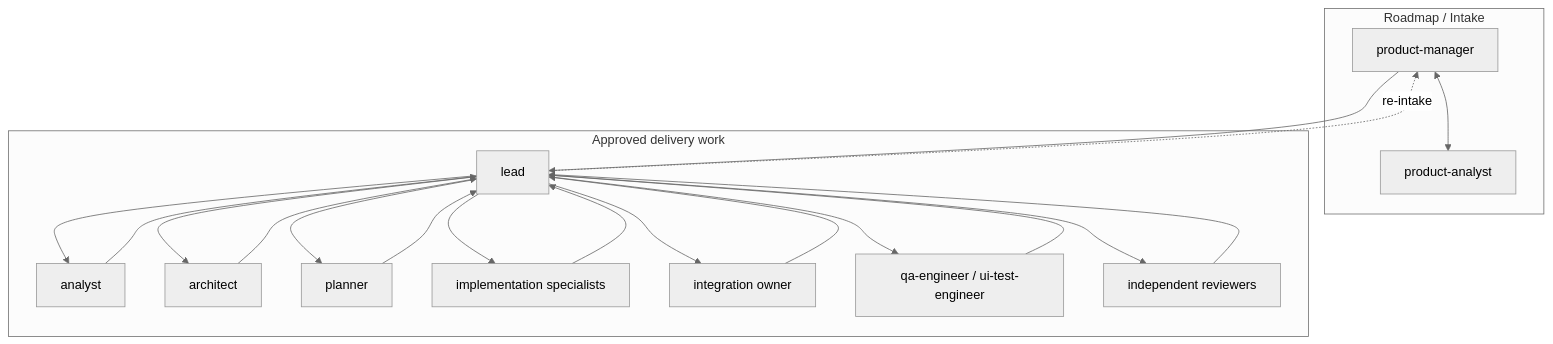
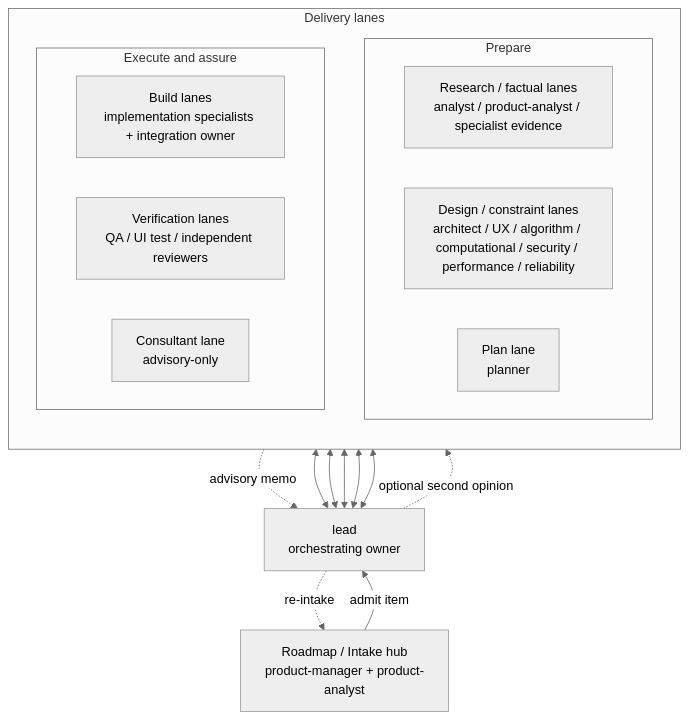
Before and after one commit to applicate2628/Orchestrarium: the second of 4 diagrams in references/operating-model-diagram.md, drawn with Mermaid (neutral theme). The commit also changed other lines of this file and 1 other file, not shown here.

````diff
--- a/references/operating-model-diagram.md
+++ b/references/operating-model-diagram.md
@@ -42,38 +49,32 @@
 ```mermaid
 flowchart TB
-    subgraph Roadmap["Roadmap / Intake"]
-        PM["product-manager"]
-        PA["product-analyst"]
+    R["Roadmap / Intake hub<br/>product-manager + product-analyst"]
+    M["lead<br/>orchestrating owner"]
+
+    subgraph Delivery["Delivery lanes"]
+        direction TB
+        subgraph Prep["Prepare"]
+            direction LR
+            F["Research / factual lanes<br/>analyst / product-analyst / specialist evidence"]
+            D["Design / constraint lanes<br/>architect / UX / algorithm / computational / security / performance / reliability"]
+            P["Plan lane<br/>planner"]
+        end
+        subgraph Execute["Execute and assure"]
+            direction LR
+            B["Build lanes<br/>implementation specialists + integration owner"]
+            V["Verification lanes<br/>QA / UI test / independent reviewers"]
+            C["Consultant lane<br/>advisory-only"]
+        end
     end
 
-    subgraph Delivery["Approved delivery work"]
-        M["lead"]
-        A["analyst"]
-        AR["architect"]
-        P["planner"]
-        IMPL["implementation specialists"]
-        INT["integration owner"]
-        QA["qa-engineer / ui-test-engineer"]
-        REV["independent reviewers"]
-    end
+    R -->|"admit item"| M
+    M -. "re-intake" .-> R
 
-    PM <--> PA
-    PM --> M
-    M -. "re-intake" .-> PM
-
-    M --> A
-    M --> AR
-    M --> P
-    M --> IMPL
-    M --> INT
-    M --> QA
-    M --> REV
-
-    A --> M
-    AR --> M
-    P --> M
-    IMPL --> M
-    INT --> M
-    QA --> M
-    REV --> M
+    M <--> F
+    M <--> D
+    M <--> P
+    M <--> B
+    M <--> V
+    M -. "optional second opinion" .-> C
+    C -. "advisory memo" .-> M
 ```
````
